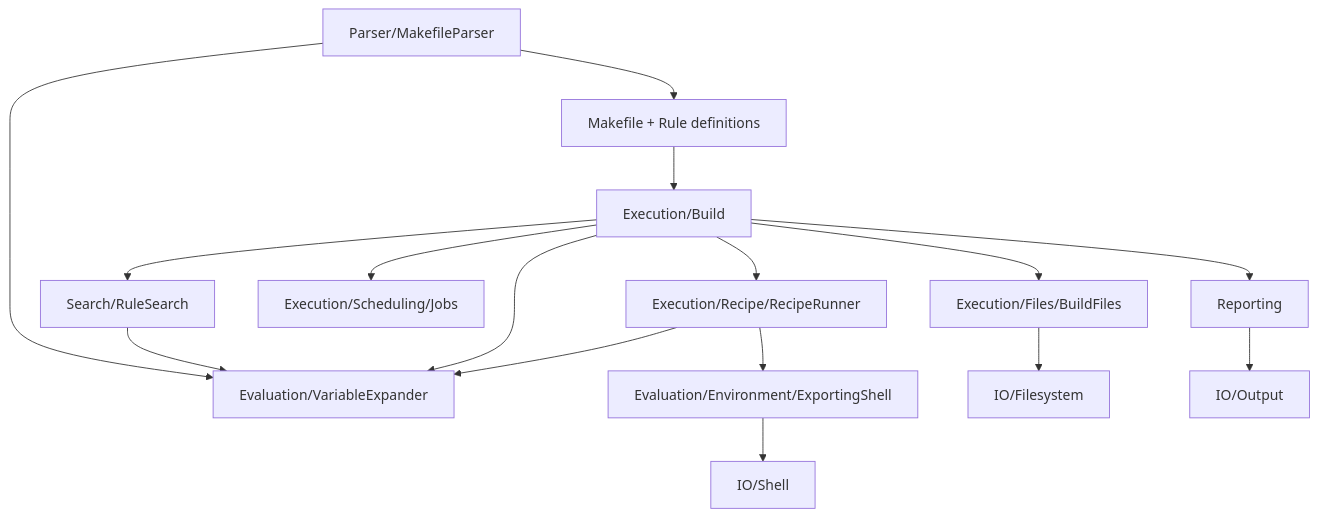
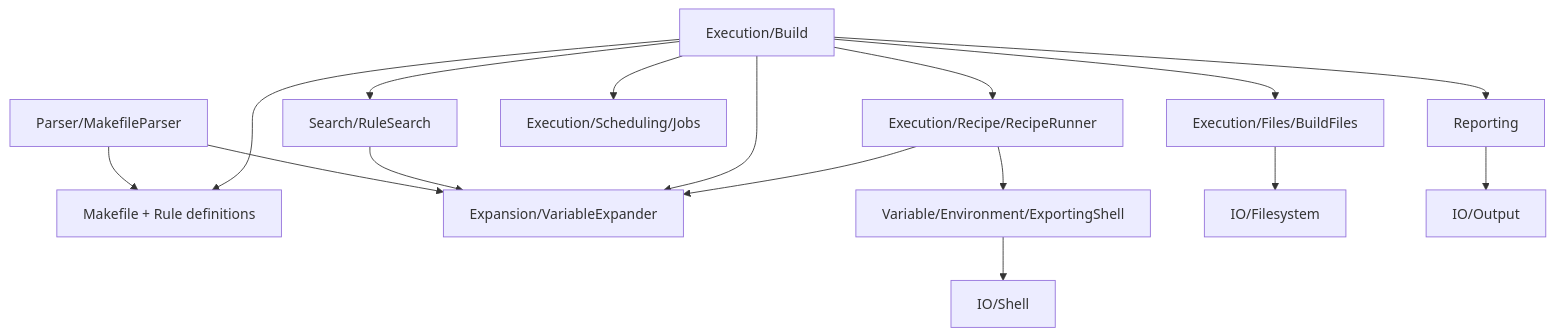
One commit to tamiroh/phmake changed the diagram in src/Makefile/README.md. Above: the diagram before and after it, drawn with Mermaid. The commit also changed other lines of this file and 51 other files, not shown here.

````diff
--- a/src/Makefile/README.md
+++ b/src/Makefile/README.md
@@ -41,18 +72,18 @@
 ```mermaid
 flowchart TD
     Parser[Parser/MakefileParser] --> Definitions[Makefile + Rule definitions]
-    Definitions --> Build[Execution/Build]
-    Parser --> Evaluation[Evaluation/VariableExpander]
+    Build[Execution/Build] --> Definitions
+    Parser --> Expansion[Expansion/VariableExpander]
     Build --> Search[Search/RuleSearch]
     Build --> Files[Execution/Files/BuildFiles]
     Build --> Scheduling[Execution/Scheduling/Jobs]
     Build --> Recipe[Execution/Recipe/RecipeRunner]
-    Search --> Evaluation
-    Build --> Evaluation
-    Recipe --> Evaluation
-    Recipe --> Environment[Evaluation/Environment/ExportingShell]
+    Search --> Expansion
+    Build --> Expansion
+    Recipe --> Expansion
+    Recipe --> Environment[Variable/Environment/ExportingShell]
     Environment --> Shell[IO/Shell]
     Files --> Filesystem[IO/Filesystem]
     Build --> Reporting[Reporting]
     Reporting --> Output[IO/Output]
 ```
````
